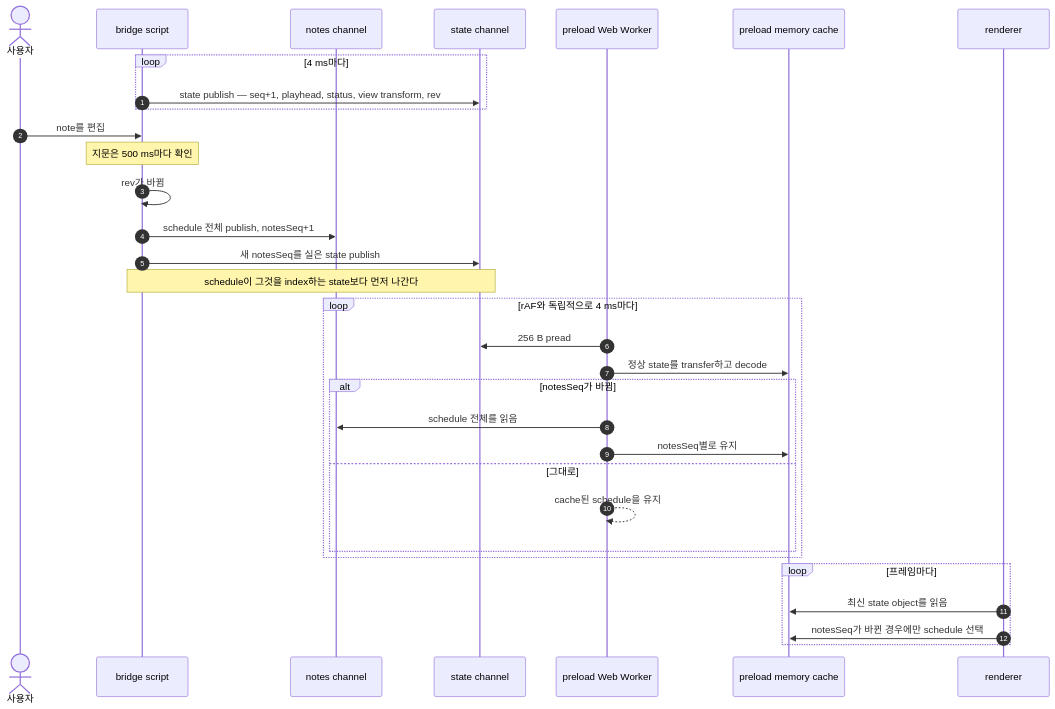
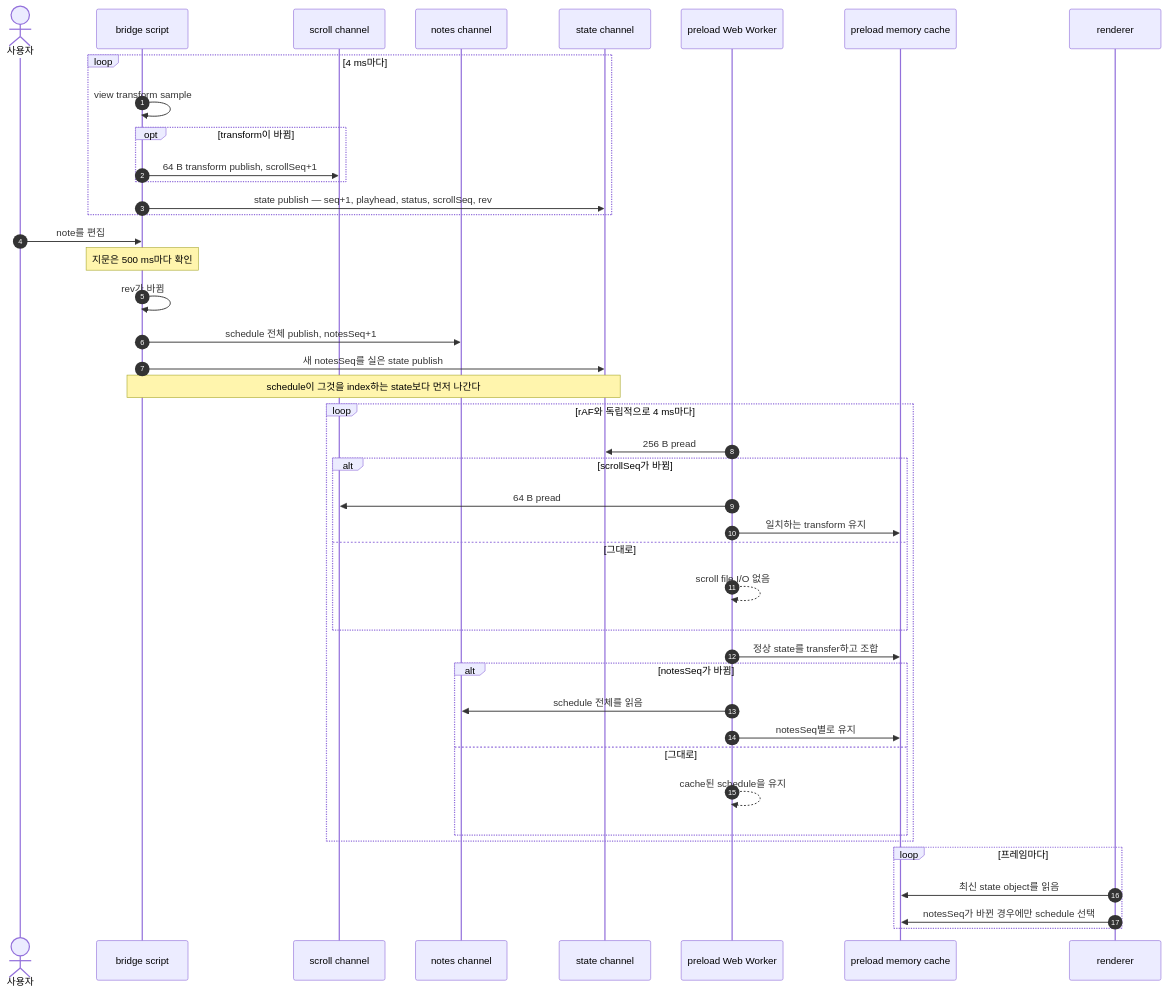
One commit to 0x1f320/karaoke-v changed the diagram in docs/bridge.ko.md. Above: the diagram before and after it, drawn with Mermaid. The commit also changed other lines of this file and 32 other files, not shown here.

Commit message:
perf(bridge): publish scroll transform only on change (#100)

````diff
--- a/docs/bridge.ko.md
+++ b/docs/bridge.ko.md
@@ -68,39 +71,50 @@
 ```mermaid
 sequenceDiagram
     autonumber
     actor U as 사용자
     participant S as bridge script
+    participant R as scroll channel
     participant N as notes channel
     participant T as state channel
     participant W as preload Web Worker
     participant M as preload memory cache
     participant A as renderer
 
     loop 4 ms마다
-        S->>T: state publish — seq+1, playhead, status, view transform, rev
+        S->>S: view transform sample
+        opt transform이 바뀜
+            S->>R: 64 B transform publish, scrollSeq+1
+        end
+        S->>T: state publish — seq+1, playhead, status, scrollSeq, rev
     end
 
     U->>S: note를 편집
     Note over S: 지문은 500 ms마다 확인
     S->>S: rev가 바뀜
     S->>N: schedule 전체 publish, notesSeq+1
     S->>T: 새 notesSeq를 실은 state publish
 
     Note over S,T: schedule이 그것을 index하는 state보다 먼저 나간다
 
     loop rAF와 독립적으로 4 ms마다
         W->>T: 256 B pread
-        W->>M: 정상 state를 transfer하고 decode
+        alt scrollSeq가 바뀜
+            W->>R: 64 B pread
+            W->>M: 일치하는 transform 유지
+        else 그대로
+            W-->>W: scroll file I/O 없음
+        end
+        W->>M: 정상 state를 transfer하고 조합
         alt notesSeq가 바뀜
             W->>N: schedule 전체를 읽음
             W->>M: notesSeq별로 유지
         else 그대로
             W-->>W: cache된 schedule을 유지
         end
     end
 
     loop 프레임마다
         A->>M: 최신 state object를 읽음
         A->>M: notesSeq가 바뀐 경우에만 schedule 선택
     end
 ```
````
